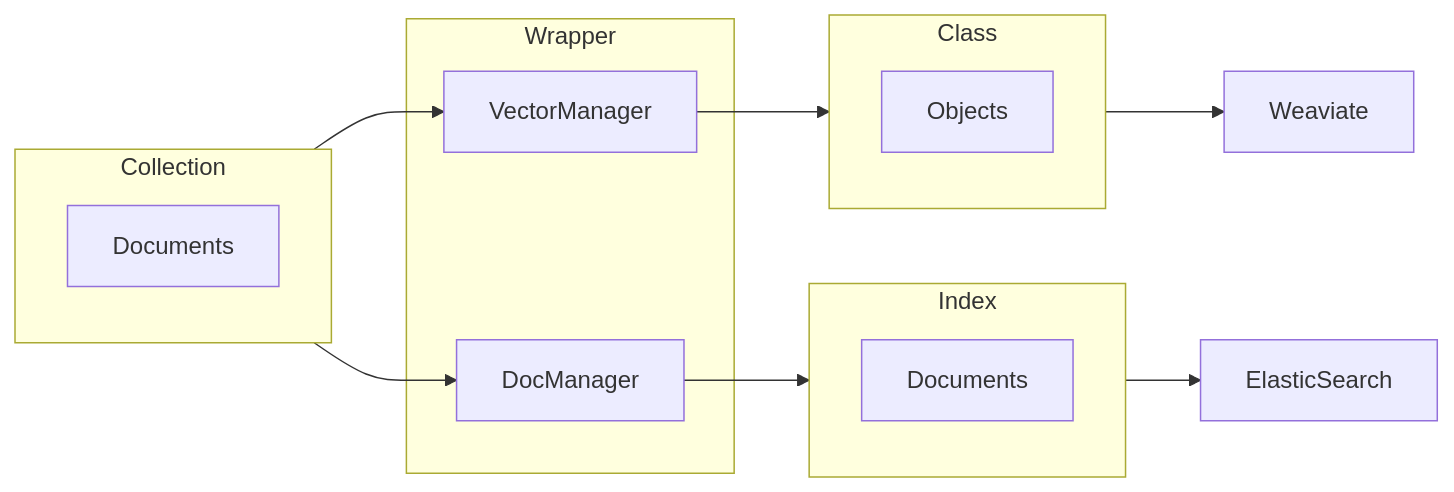
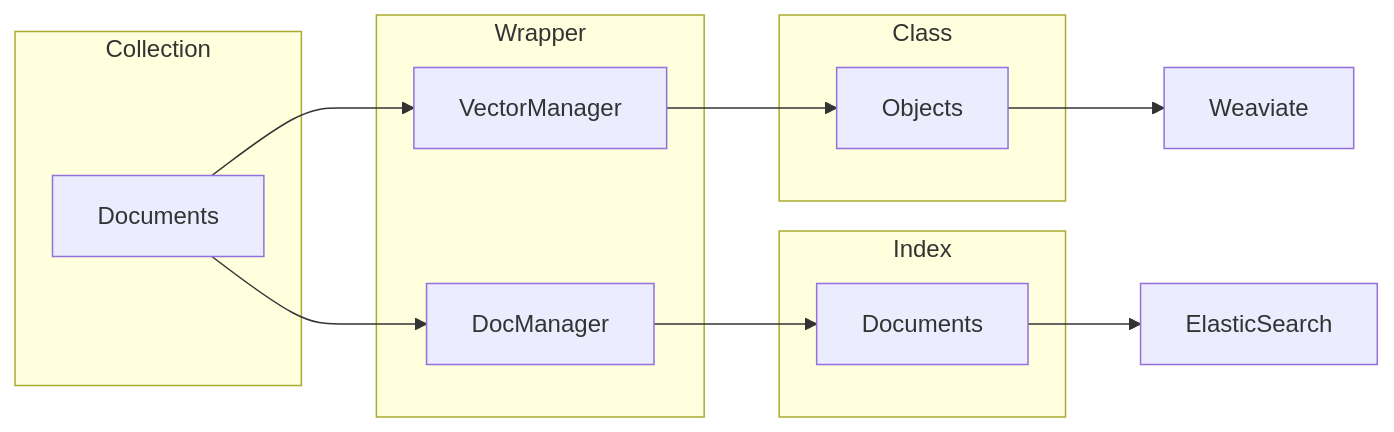
The first of 2 diagrams in README.md (ShearmanChua/mm), drawn with Mermaid before and after one commit.

Commit message:
fix: Update Mermaid diagram in README

````diff
--- a/README.md
+++ b/README.md
@@ -8,22 +8,22 @@
 ```mermaid
 graph LR;
     subgraph B[Collection]
     A[Documents]
     end
     subgraph I[Class]
     J[Objects]
     end
     subgraph K[Index]
     L[Documents]
     end
     C[VectorManager]
     D[DocManager]
     G[Weaviate]
     H[ElasticSearch]
-    B-->C-->I-->G
-    B-->D-->K-->H
+    A-->C-->J-->G
+    A-->D-->L-->H
     subgraph Wrapper
     C
     D
     end
 ```
````
